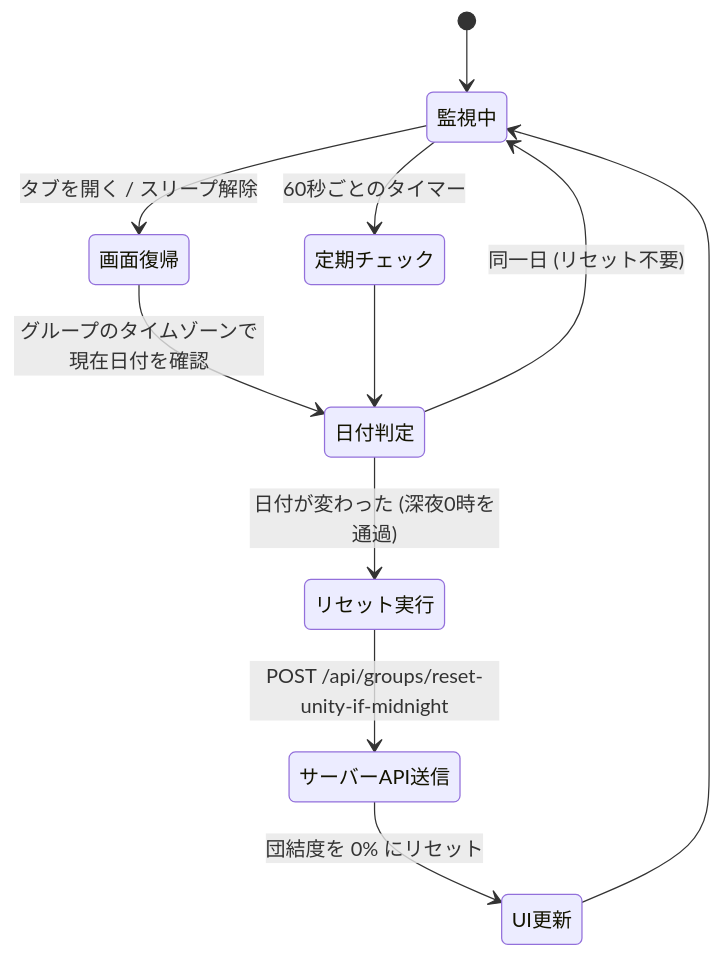
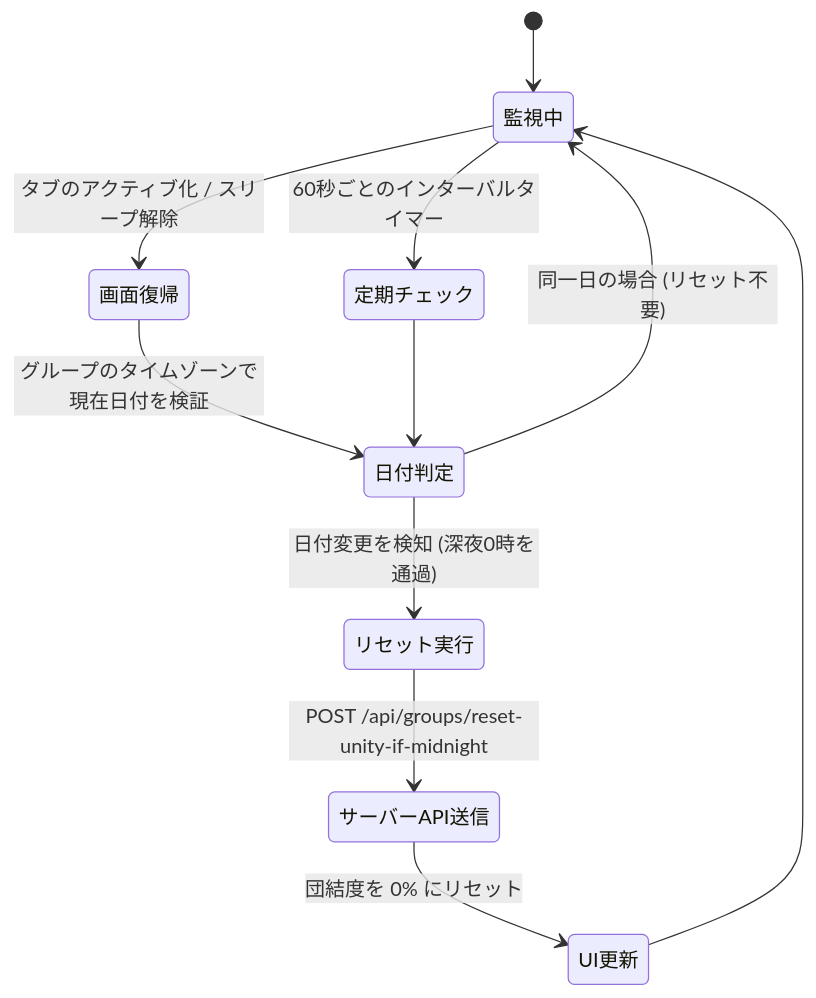
One commit to ScriptureHabit/scripture-habit changed the diagram in docs/ja/client-unity-midnight-reset.md. Above: the diagram before and after it, drawn with Mermaid. The commit also changed other lines of this file and 57 other files, not shown here.

Commit message:
docs: refine documentation prose and add structured diagram breakdowns across JA and EN

````diff
--- a/docs/ja/client-unity-midnight-reset.md
+++ b/docs/ja/client-unity-midnight-reset.md
@@ -11,17 +11,17 @@
 ```mermaid
 stateDiagram-v2
     [*] --> 監視中
     
-    監視中 --> 画面復帰: タブを開く / スリープ解除
-    画面復帰 --> 日付判定: グループのタイムゾーンで現在日付を確認
+    監視中 --> 画面復帰: タブのアクティブ化 / スリープ解除
+    画面復帰 --> 日付判定: グループのタイムゾーンで現在日付を検証
     
-    監視中 --> 定期チェック: 60秒ごとのタイマー
+    監視中 --> 定期チェック: 60秒ごとのインターバルタイマー
     定期チェック --> 日付判定
     
-    日付判定 --> 監視中: 同一日 (リセット不要)
-    日付判定 --> リセット実行: 日付が変わった (深夜0時を通過)
+    日付判定 --> 監視中: 同一日の場合 (リセット不要)
+    日付判定 --> リセット実行: 日付変更を検知 (深夜0時を通過)
     
     リセット実行 --> サーバーAPI送信: POST /api/groups/reset-unity-if-midnight
     サーバーAPI送信 --> UI更新: 団結度を 0% にリセット
     UI更新 --> 監視中
 ```
````
